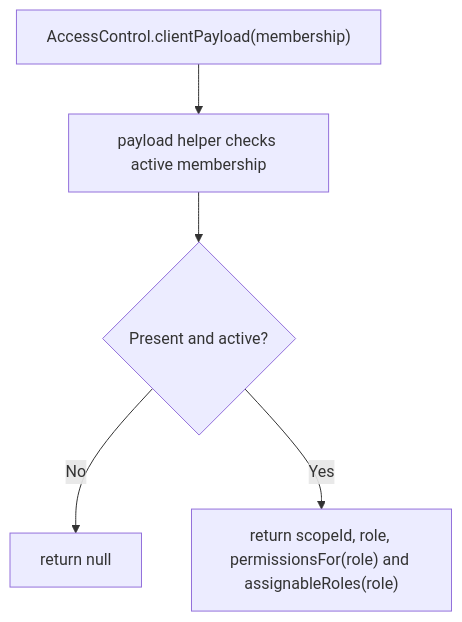
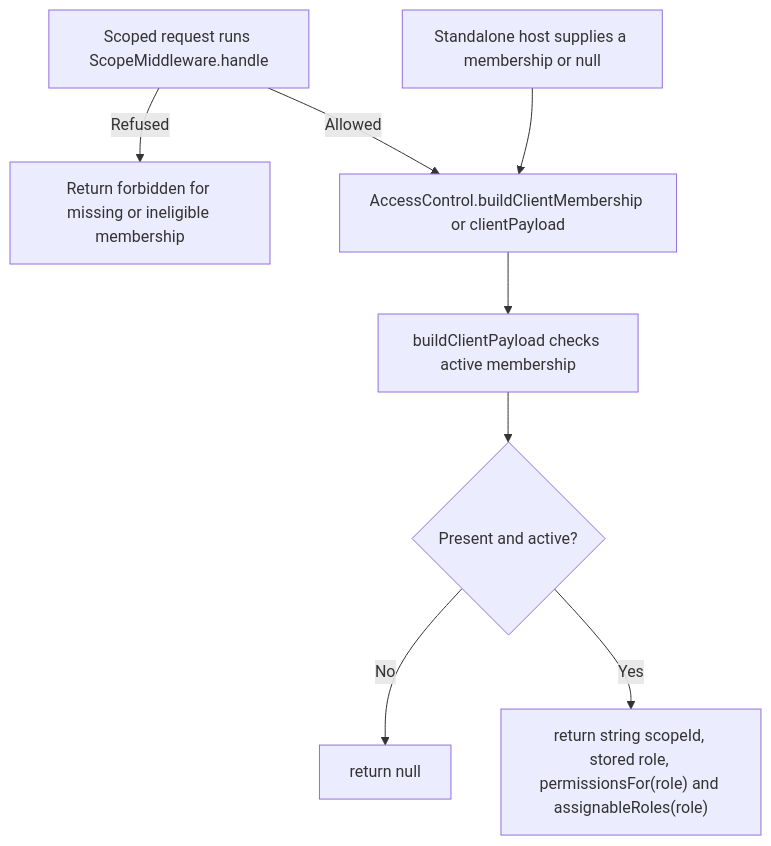
The second of 2 diagrams in user-stories/US-ACCESS-12-share-client-permissions.md (Kevinjohn/oss-adonisjs-access-control), drawn with Mermaid before and after one commit. The commit also changed other lines of this file and 25 other files, not shown here.

````diff
--- a/user-stories/US-ACCESS-12-share-client-permissions.md
+++ b/user-stories/US-ACCESS-12-share-client-permissions.md
@@ -36,7 +36,10 @@
 ```mermaid
 flowchart TD
-    A["AccessControl.clientPayload(membership)"] --> B["payload helper checks active membership"]
+    R["Scoped request runs ScopeMiddleware.handle"] -->|Refused| X["Return forbidden for missing or ineligible membership"]
+    R -->|Allowed| A["AccessControl.buildClientMembership or clientPayload"]
+    S["Standalone host supplies a membership or null"] --> A
+    A --> B["buildClientPayload checks active membership"]
     B --> C{"Present and active?"}
     C -->|No| D["return null"]
-    C -->|Yes| E["return scopeId, role, permissionsFor(role) and assignableRoles(role)"]
+    C -->|Yes| E["return string scopeId, stored role, permissionsFor(role) and assignableRoles(role)"]
 ```
````
